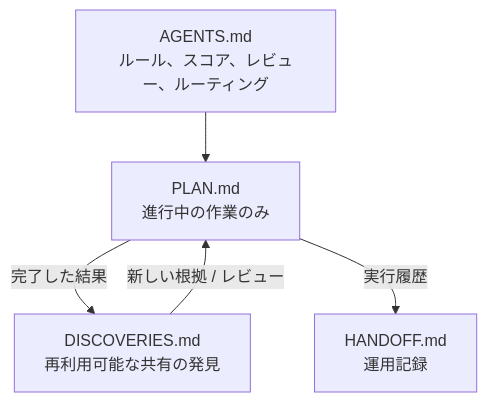
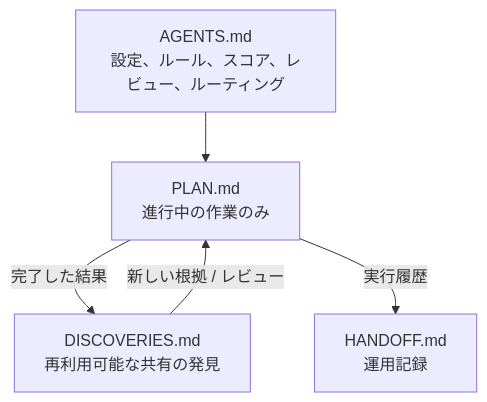
One commit to TaeyanG4/research-orchestrator-skill changed the second of 3 diagrams in README.ja.md. Above: the diagram before and after it, drawn with Mermaid. The commit also changed other lines of this file and 19 other files, not shown here.

````diff
--- a/README.ja.md
+++ b/README.ja.md
@@ -51,12 +53,12 @@
 ```mermaid
 flowchart TD
-    A[AGENTS.md<br/>ルール、スコア、レビュー、ルーティング]
+    A[AGENTS.md<br/>設定、ルール、スコア、レビュー、ルーティング]
     P[PLAN.md<br/>進行中の作業のみ]
     D[DISCOVERIES.md<br/>再利用可能な共有の発見]
     H[HANDOFF.md<br/>運用記録]
 
     A --> P
     P -->|完了した結果| D
     P -->|実行履歴| H
     D -->|新しい根拠 / レビュー| P
 ```
````
